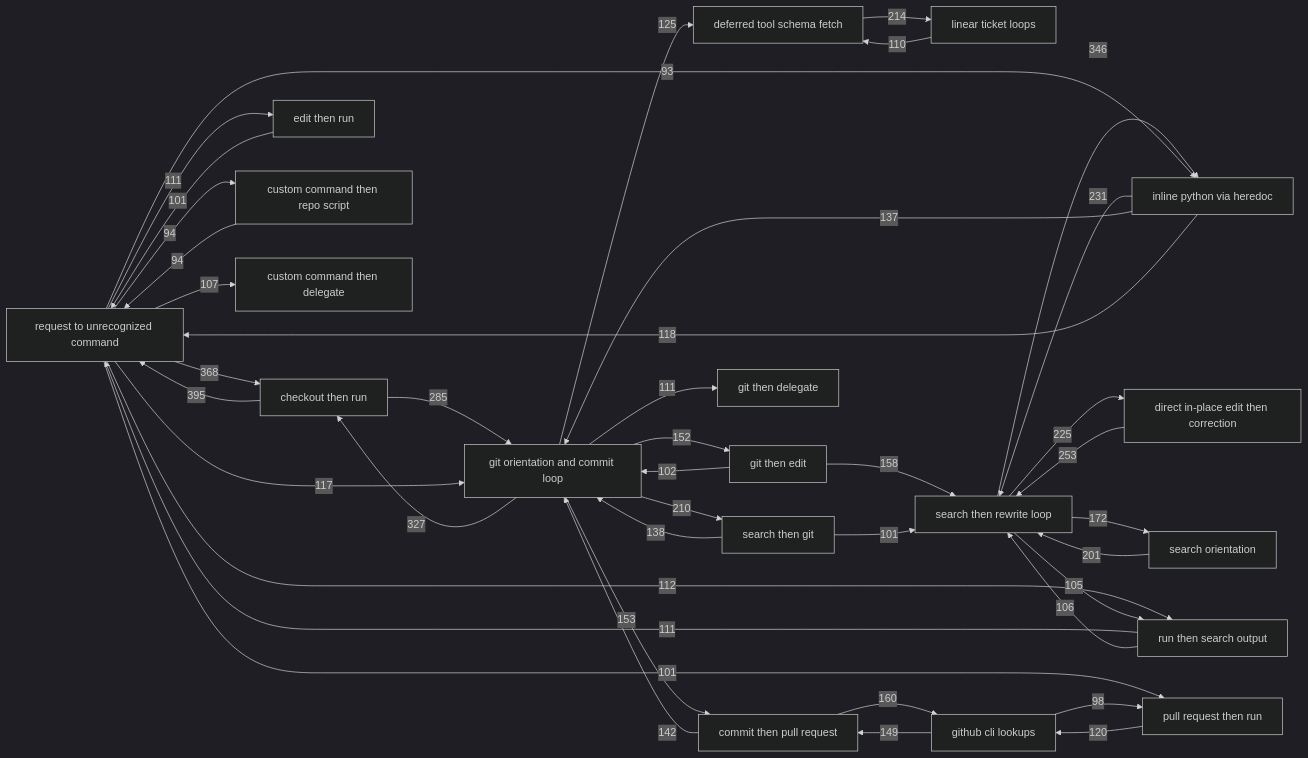
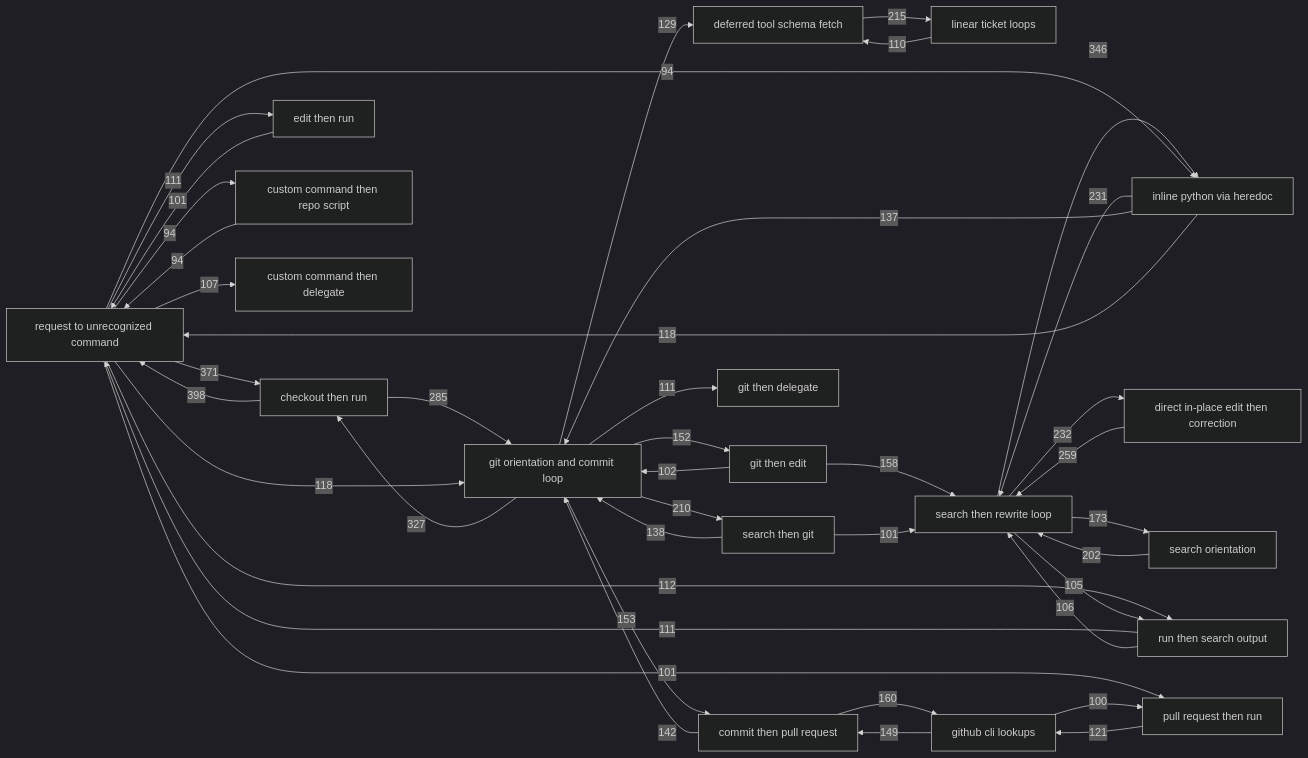
Before and after one commit to aidanff/comb: the diagram in candidates.md, drawn with Mermaid (dark theme). The commit also changed other lines of this file and 2 other files, not shown here.

````diff
--- a/candidates.md
+++ b/candidates.md
@@ -473,62 +475,62 @@
 ```mermaid
 graph LR
   N001["deferred tool schema fetch"]
   N002["request to unrecognized command"]
   N003["git orientation and commit loop"]
   N004["linear ticket loops"]
   N006["inline python via heredoc"]
   N007["search then rewrite loop"]
   N009["checkout then run"]
   N010["direct in-place edit then correction"]
   N012["search orientation"]
   N014["edit then run"]
   N015["github cli lookups"]
   N016["run then search output"]
   N017["git then edit"]
   N019["commit then pull request"]
   N020["custom command then repo script"]
   N023["pull request then run"]
   N028["search then git"]
   N029["custom command then delegate"]
   N037["git then delegate"]
-  N009 -->|395| N002
-  N002 -->|368| N009
+  N009 -->|398| N002
+  N002 -->|371| N009
   N007 -->|346| N006
   N003 -->|327| N009
   N009 -->|285| N003
-  N010 -->|253| N007
+  N010 -->|259| N007
+  N007 -->|232| N010
   N006 -->|231| N007
-  N007 -->|225| N010
-  N001 -->|214| N004
+  N001 -->|215| N004
   N003 -->|210| N028
-  N012 -->|201| N007
-  N007 -->|172| N012
+  N012 -->|202| N007
+  N007 -->|173| N012
   N019 -->|160| N015
   N017 -->|158| N007
   N003 -->|153| N019
   N003 -->|152| N017
   N015 -->|149| N019
   N019 -->|142| N003
   N028 -->|138| N003
   N006 -->|137| N003
-  N003 -->|125| N001
-  N023 -->|120| N015
+  N003 -->|129| N001
+  N023 -->|121| N015
+  N002 -->|118| N003
   N006 -->|118| N002
-  N002 -->|117| N003
   N002 -->|112| N016
   N002 -->|111| N014
   N003 -->|111| N037
   N016 -->|111| N002
   N004 -->|110| N001
   N002 -->|107| N029
   N016 -->|106| N007
   N007 -->|105| N016
   N017 -->|102| N003
   N002 -->|101| N023
   N014 -->|101| N002
   N028 -->|101| N007
-  N015 -->|98| N023
+  N015 -->|100| N023
+  N002 -->|94| N006
   N002 -->|94| N020
   N020 -->|94| N002
-  N002 -->|93| N006
 ```
````
